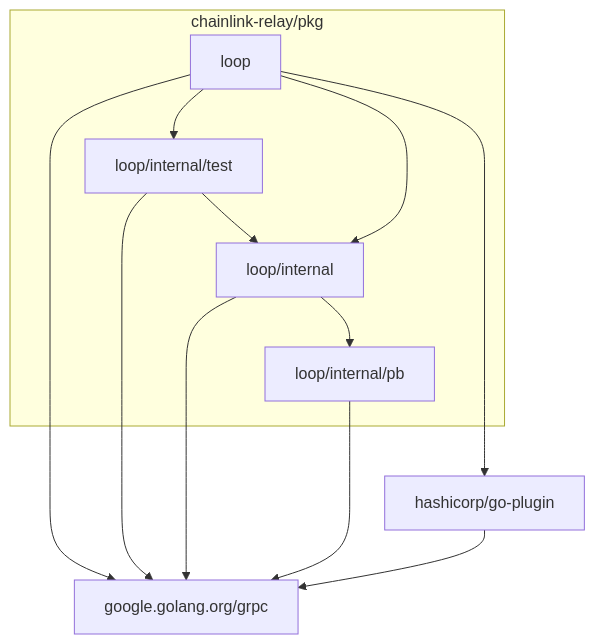
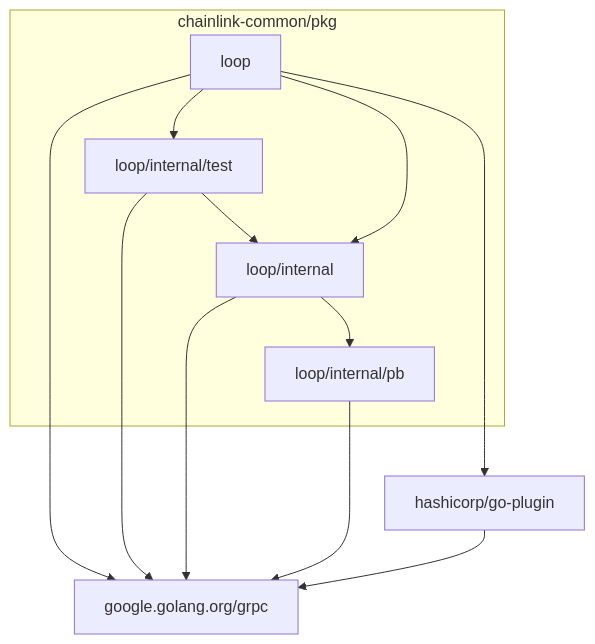
Before and after one commit to smartcontractkit/chainlink: the first of 4 diagrams in pkg/loop/README.md, drawn with Mermaid. The commit also changed 114 other files, not shown here.

Commit message:
rename module to chainlink-common (#243)

````diff
--- a/pkg/loop/README.md
+++ b/pkg/loop/README.md
@@ -7,25 +7,25 @@
 ```mermaid
 flowchart
-    subgraph chainlink-relay/pkg
+    subgraph chainlink-common/pkg
         loop
         internal[loop/internal]
         pb[loop/internal/pb]
         test[loop/internal/test]
 
         internal --> pb
         test --> internal
         loop --> internal
         loop --> test
     end
     
     grpc[google.golang.org/grpc]
     hashicorp[hashicorp/go-plugin]
 
     loop ---> hashicorp
     loop ---> grpc
     test ---> grpc
     internal ---> grpc
     pb ---> grpc
     hashicorp --> grpc
 
 ```
````
